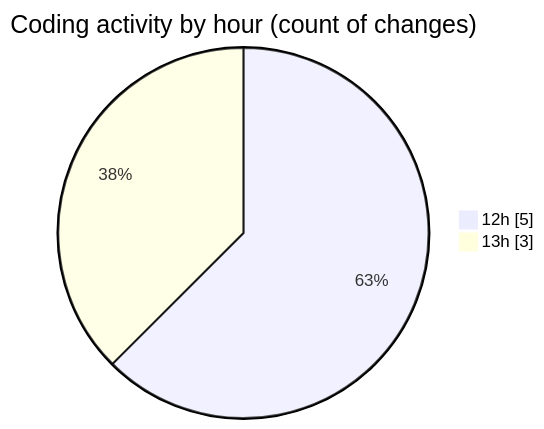
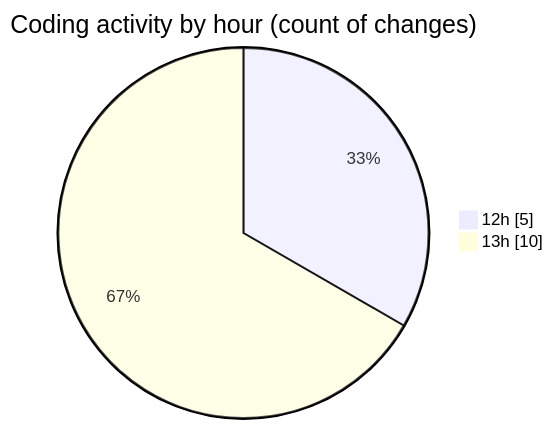
Before and after one commit to momahboobian/code-tracking: the second of 2 diagrams in 2025-11-21/cda/README.md, drawn with Mermaid. The commit also changed other lines of this file and 1 other file, not shown here.

````diff
--- a/2025-11-21/cda/README.md
+++ b/2025-11-21/cda/README.md
@@ -30,6 +31,6 @@
 ```mermaid
 pie showData
 title Coding activity by hour (count of changes)
 "12h" : 5
-"13h" : 3
+"13h" : 10
 ```
````
